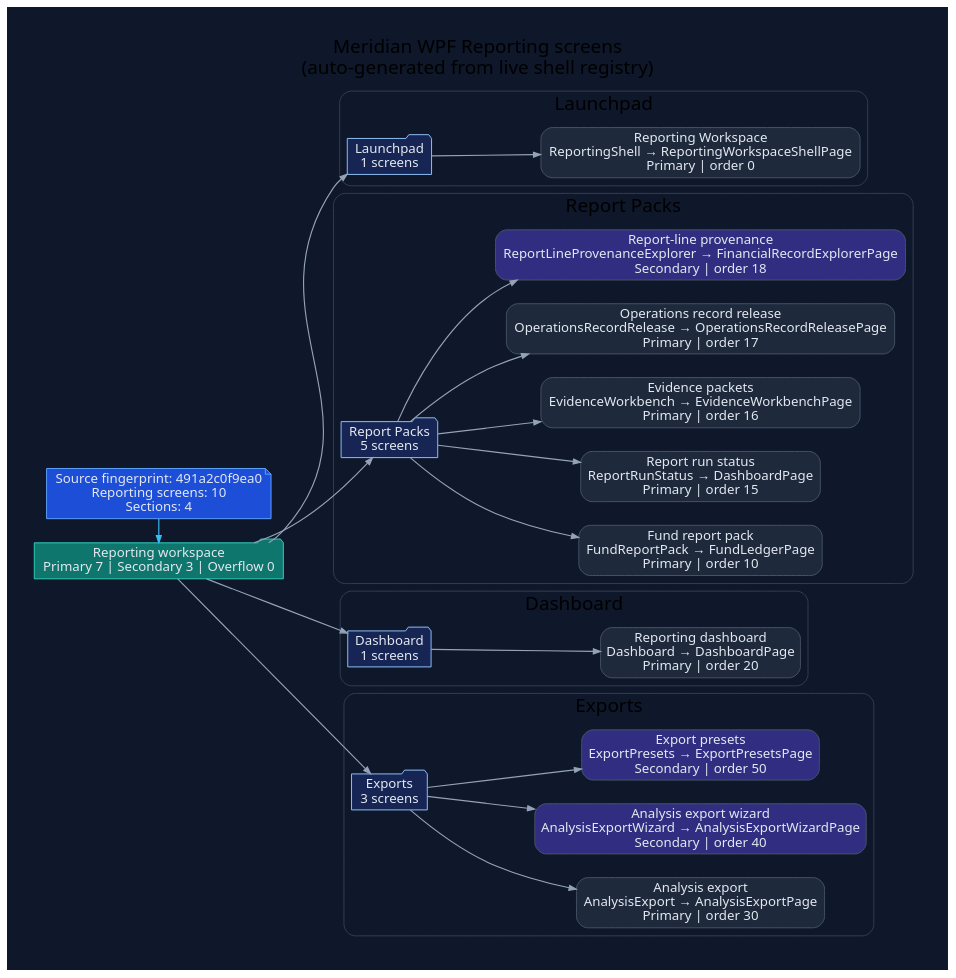
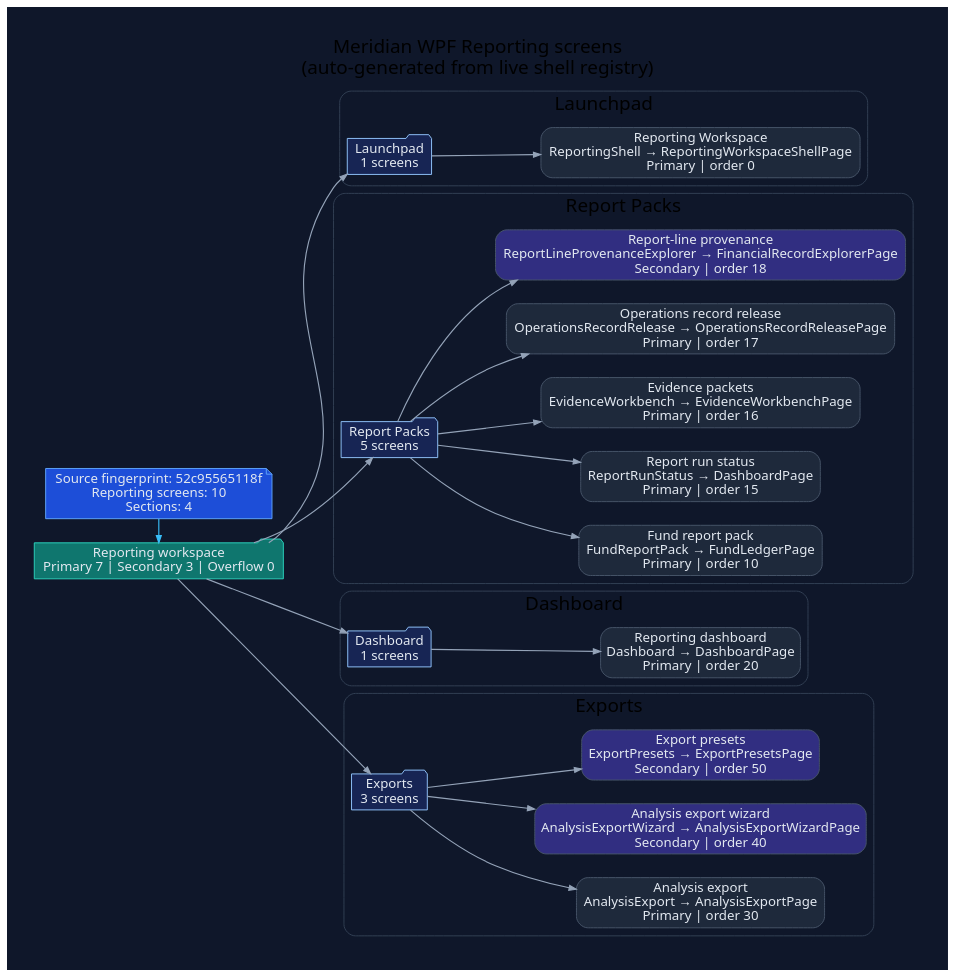
The diagram in docs/diagrams/ui-wpf-screens-reporting.dot (rodoHasArrived/Meridian-main), drawn with Graphviz before and after one commit. The commit also changed 197 other files, not shown here.

```diff
--- a/docs/diagrams/ui-wpf-screens-reporting.dot
+++ b/docs/diagrams/ui-wpf-screens-reporting.dot
@@ -1,78 +1,78 @@
 // -----------------------------------------------------------------------------
 // <auto-generated>
 // Generated by scripts/generate-diagrams.mjs.
 // Do not edit this file directly; update the WPF source files instead.
 // -----------------------------------------------------------------------------
 digraph WpfReportingScreens {
   graph [
     rankdir=LR,
     labelloc=t,
     label="Meridian WPF Reporting screens\n(auto-generated from live shell registry)",
     fontname="Segoe UI",
     fontsize=20,
     pad=0.4,
     nodesep=0.35,
     ranksep=0.85,
     bgcolor="#0f172a"
   ];
   node [fontname="Segoe UI", shape=box, style="rounded,filled", color="#475569", fontcolor="#e2e8f0", fillcolor="#1e293b"];
   edge [fontname="Segoe UI", color="#94a3b8", penwidth=1.2, arrowsize=0.75];
 
-  generated [shape=note, fillcolor="#1d4ed8", color="#60a5fa", label="Source fingerprint: 491a2c0f9ea0\nReporting screens: 10\nSections: 4"];
+  generated [shape=note, fillcolor="#1d4ed8", color="#60a5fa", label="Source fingerprint: 52c95565118f\nReporting screens: 10\nSections: 4"];
   workspace [shape=folder, fillcolor="#0f766e", color="#2dd4bf", label="Reporting workspace\nPrimary 7 | Secondary 3 | Overflow 0"];
   generated -> workspace [color="#38bdf8"];
 
   subgraph cluster_section_1 {
     label="Launchpad";
     color="#334155";
     style="rounded";
     section_1 [shape=folder, fillcolor="#172554", color="#93c5fd", label="Launchpad\n1 screens"];
     workspace -> section_1;
     screen_ReportingShell [fillcolor="#1e293b", label="Reporting Workspace\nReportingShell → ReportingWorkspaceShellPage\nPrimary | order 0"];
     section_1 -> screen_ReportingShell;
   }
 
   subgraph cluster_section_2 {
     label="Report Packs";
     color="#334155";
     style="rounded";
     section_2 [shape=folder, fillcolor="#172554", color="#93c5fd", label="Report Packs\n5 screens"];
     workspace -> section_2;
     screen_FundReportPack [fillcolor="#1e293b", label="Fund report pack\nFundReportPack → FundLedgerPage\nPrimary | order 10"];
     section_2 -> screen_FundReportPack;
     screen_ReportRunStatus [fillcolor="#1e293b", label="Report run status\nReportRunStatus → DashboardPage\nPrimary | order 15"];
     section_2 -> screen_ReportRunStatus;
     screen_EvidenceWorkbench [fillcolor="#1e293b", label="Evidence packets\nEvidenceWorkbench → EvidenceWorkbenchPage\nPrimary | order 16"];
     section_2 -> screen_EvidenceWorkbench;
     screen_OperationsRecordRelease [fillcolor="#1e293b", label="Operations record release\nOperationsRecordRelease → OperationsRecordReleasePage\nPrimary | order 17"];
     section_2 -> screen_OperationsRecordRelease;
     screen_ReportLineProvenanceExplorer [fillcolor="#312e81", label="Report-line provenance\nReportLineProvenanceExplorer → FinancialRecordExplorerPage\nSecondary | order 18"];
     section_2 -> screen_ReportLineProvenanceExplorer;
   }
 
   subgraph cluster_section_3 {
     label="Dashboard";
     color="#334155";
     style="rounded";
     section_3 [shape=folder, fillcolor="#172554", color="#93c5fd", label="Dashboard\n1 screens"];
     workspace -> section_3;
     screen_Dashboard [fillcolor="#1e293b", label="Reporting dashboard\nDashboard → DashboardPage\nPrimary | order 20"];
     section_3 -> screen_Dashboard;
   }
 
   subgraph cluster_section_4 {
     label="Exports";
     color="#334155";
     style="rounded";
     section_4 [shape=folder, fillcolor="#172554", color="#93c5fd", label="Exports\n3 screens"];
     workspace -> section_4;
     screen_AnalysisExport [fillcolor="#1e293b", label="Analysis export\nAnalysisExport → AnalysisExportPage\nPrimary | order 30"];
     section_4 -> screen_AnalysisExport;
     screen_AnalysisExportWizard [fillcolor="#312e81", label="Analysis export wizard\nAnalysisExportWizard → AnalysisExportWizardPage\nSecondary | order 40"];
     section_4 -> screen_AnalysisExportWizard;
     screen_ExportPresets [fillcolor="#312e81", label="Export presets\nExportPresets → ExportPresetsPage\nSecondary | order 50"];
     section_4 -> screen_ExportPresets;
   }
 
   { rank=min; generated; workspace; }
 }
```
